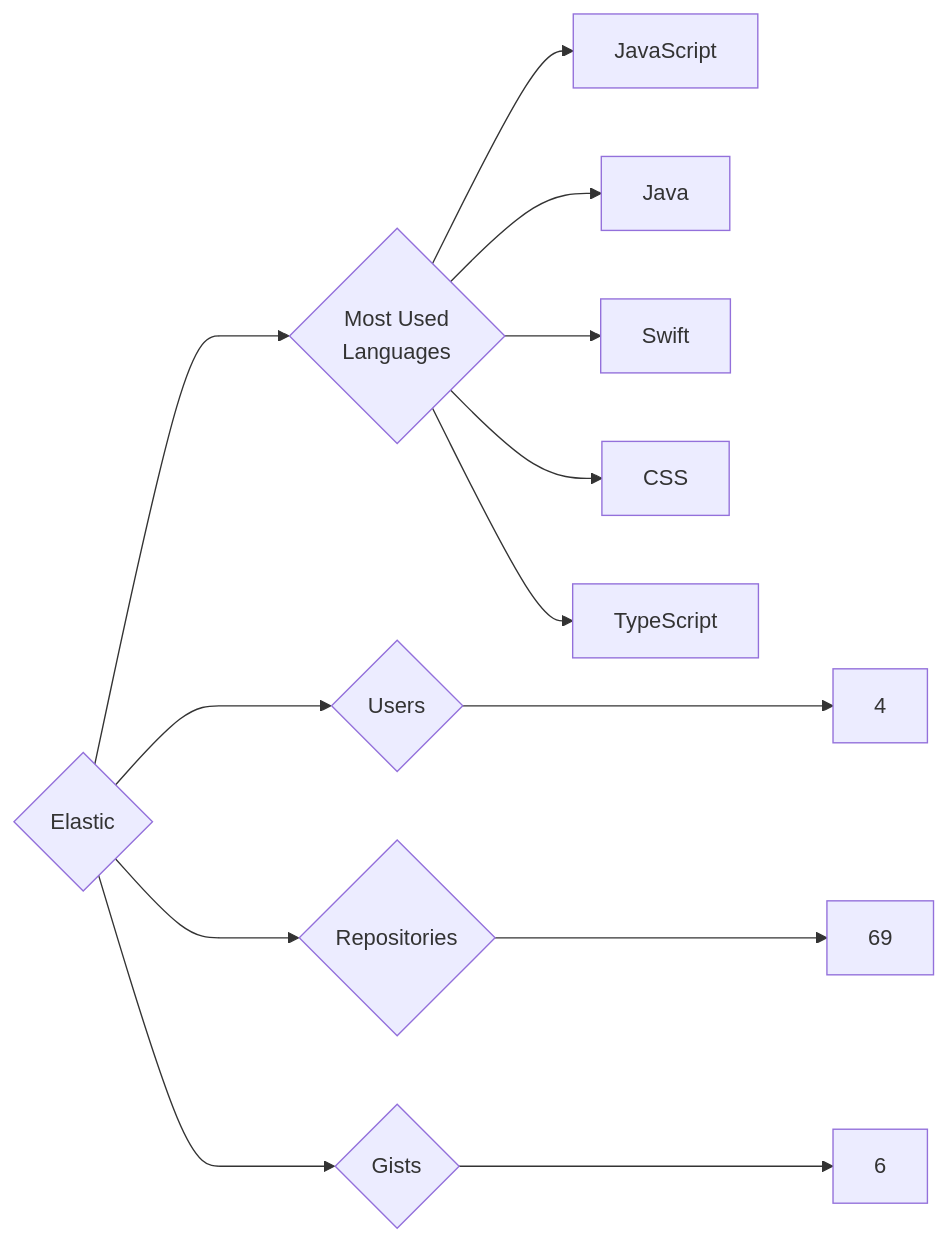
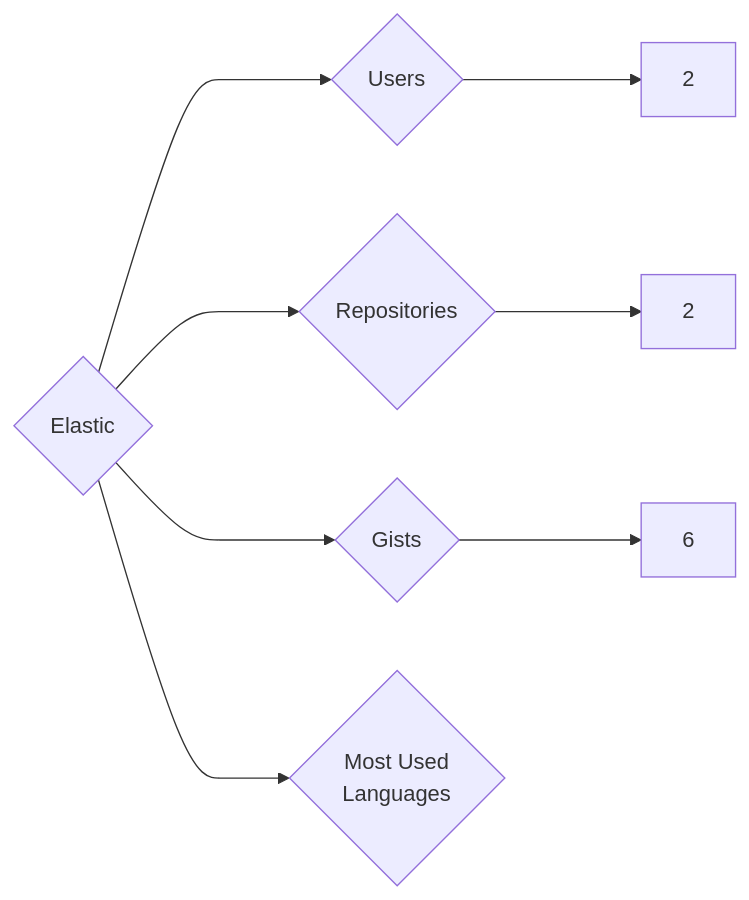
The diagram in targets/Elastic/README.md (trickest/insiders), drawn with Mermaid before and after one commit. The commit also changed 559 other files, not shown here.

````diff
--- a/targets/Elastic/README.md
+++ b/targets/Elastic/README.md
@@ -3,13 +3,8 @@
 ```mermaid
 graph LR
 COMPANY_NAME{Elastic}
-COMPANY_NAME ---> U{Users} ---> UN[4]
-COMPANY_NAME ---> R{Repositories} ---> RN[69]
+COMPANY_NAME ---> U{Users} ---> UN[2]
+COMPANY_NAME ---> R{Repositories} ---> RN[2]
 COMPANY_NAME ---> G{Gists} ---> GN[6]
 COMPANY_NAME ---> ML{Most Used<br>Languages}
-ML --> JavaScript[JavaScript]
-ML --> Java[Java]
-ML --> Swift[Swift]
-ML --> CSS[CSS]
-ML --> TypeScript[TypeScript]
 ```
````
